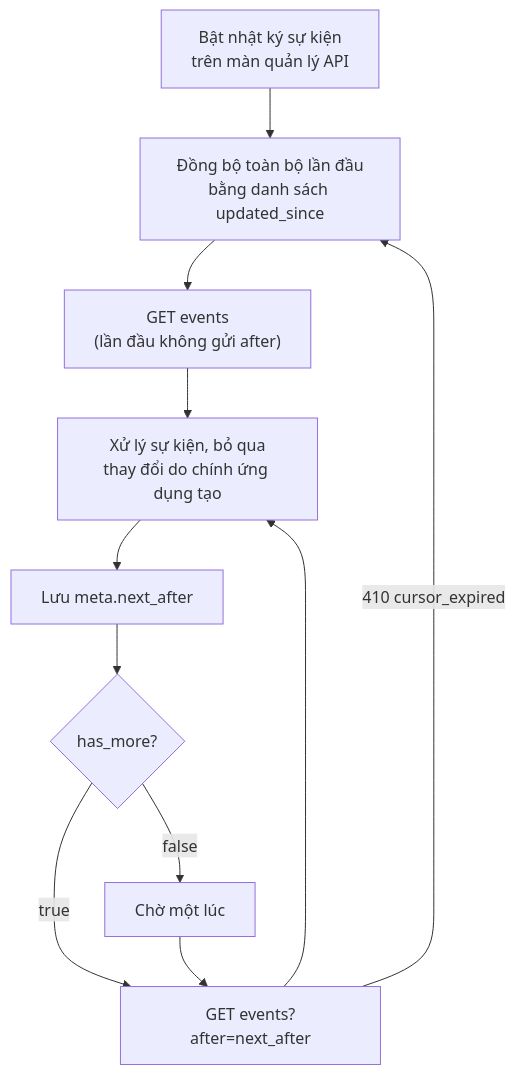
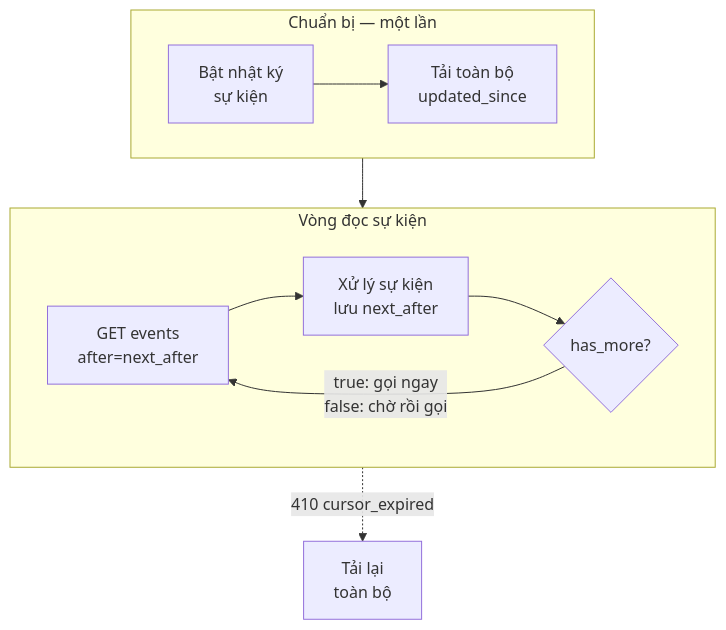
One commit to gp247net/gp247-docs changed the third of 4 diagrams in api/api-sync_vi.md. Above: the diagram before and after it, drawn with Mermaid. The commit also changed other lines of this file and 44 other files, not shown here.

First line of the commit message:
docs: redraw oversized diagrams in security, API and MCP docs (vi/en/ja)

````diff
--- a/api/api-sync_vi.md
+++ b/api/api-sync_vi.md
@@ -157,13 +157,14 @@
 ```mermaid
-flowchart TD
-    A["Bật nhật ký sự kiện<br/>trên màn quản lý API"] --> B["Đồng bộ toàn bộ lần đầu<br/>bằng danh sách updated_since"]
-    B --> C["GET events<br/>(lần đầu không gửi after)"]
-    C --> D["Xử lý sự kiện, bỏ qua<br/>thay đổi do chính ứng dụng tạo"]
-    D --> E["Lưu meta.next_after"]
-    E --> F{"has_more?"}
-    F -- "true" --> G["GET events?after=next_after"]
-    F -- "false" --> H["Chờ một lúc"]
-    H --> G
-    G --> D
-    G -- "410 cursor_expired" --> B
+flowchart TB
+    subgraph S1["Chuẩn bị — một lần"]
+        direction LR
+        A["Bật nhật ký<br/>sự kiện"] --> B["Tải toàn bộ<br/>updated_since"]
+    end
+    subgraph S2["Vòng đọc sự kiện"]
+        direction LR
+        C["GET events<br/>after=next_after"] --> D["Xử lý sự kiện<br/>lưu next_after"] --> F{"has_more?"}
+        F -- "true: gọi ngay<br/>false: chờ rồi gọi" --> C
+    end
+    S1 --> S2
+    S2 -.->|"410 cursor_expired"| X["Tải lại<br/>toàn bộ"]
 ```
````
